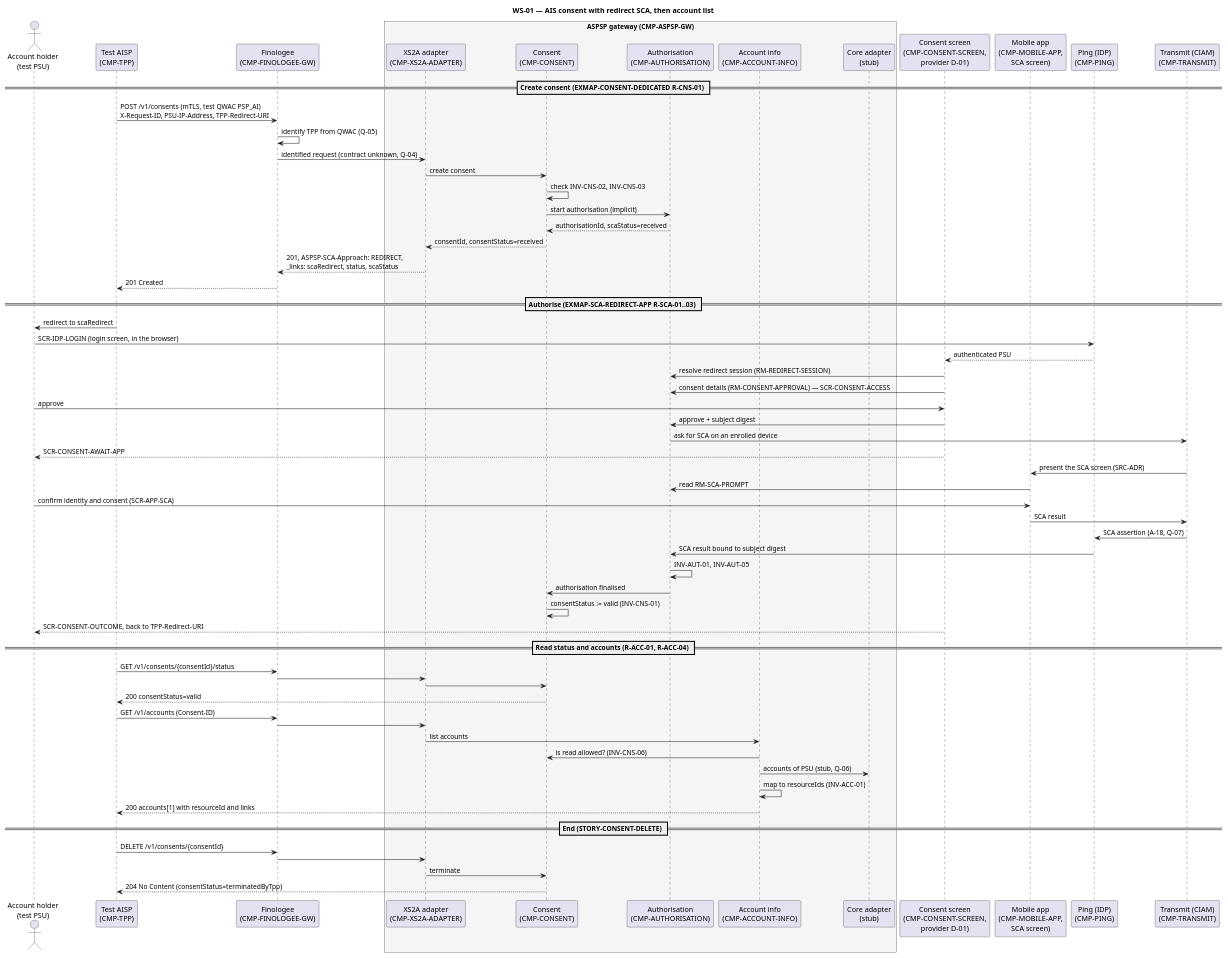
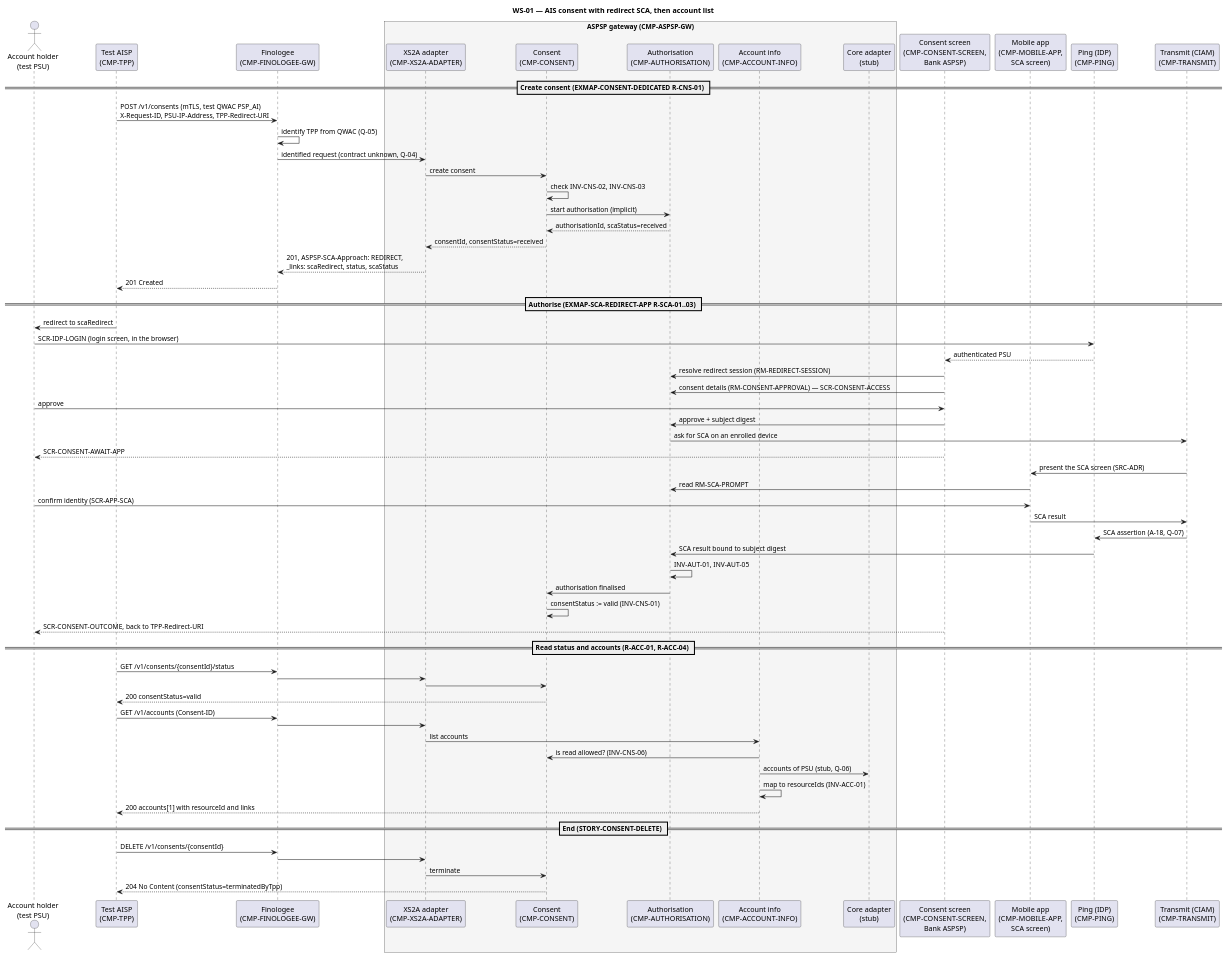
One commit to vondacho/psd2-sandbox changed the diagram in docs/system/uml/sequence/ws-01-ais-consent-redirect.puml. Above: the diagram before and after it, drawn with PlantUML. The commit also changed 38 other files, not shown here.

```diff
--- a/docs/system/uml/sequence/ws-01-ais-consent-redirect.puml
+++ b/docs/system/uml/sequence/ws-01-ais-consent-redirect.puml
@@ -1,78 +1,79 @@
 @startuml ws-01-ais-consent-redirect
-' WS-01 walking-skeleton path, AIS part. PROPOSAL generated by AI on 2026-09-19.
+' WS-01 walking-skeleton path, AIS part. PROPOSAL generated by AI.
 ' Stories: STORY-TPP-IDENTIFY, STORY-CONSENT-DEDICATED, STORY-SCA-REDIRECT-APP,
 '          STORY-CONSENT-STATUS, STORY-READ-ACCOUNT-LIST, STORY-CONSENT-DELETE.
-' Assumes D-03 = redirect with implicit start (SRC-IG §6.1.1.1) and D-01 = consent in the ASPSP
-' gateway. Where D-02 (token) is open, the Finologee -> gateway hop is shown as "identified request".
-' Iteration 4 (SRC-ADR 7ed3eb1): IDP login screen, consent screen (provider undecided, D-01; shown
-' with the in-house backend CMP-PSU-CHANNEL-API), then the SCA screen in the bank app on an enrolled
-' device, presented on demand by the CIAM.
+' Assumes D-03 = redirect with implicit start (SRC-IG §6.1.1.1) and D-01 = consent state in the
+' ASPSP gateway, so the bank-managed consent screen (SRC-ADR) is drawn with the in-house backend
+' CMP-PSU-CHANNEL-API.
+' Surfaces: IDP login screen, consent screen, then the SCA screen in the bank app on an enrolled
+' device, presented on demand by the CIAM. The Finologee -> gateway hop carries a Ping-issued
+' token (D-02).
 title WS-01 — AIS consent with redirect SCA, then account list
 
 actor "Account holder\n(test PSU)" as PSU
 participant "Test AISP\n(CMP-TPP)" as TPP
 participant "Finologee\n(CMP-FINOLOGEE-GW)" as FIN
 box "ASPSP gateway (CMP-ASPSP-GW)" #F5F5F5
   participant "XS2A adapter\n(CMP-XS2A-ADAPTER)" as ADP
   participant "Consent\n(CMP-CONSENT)" as CNS
   participant "Authorisation\n(CMP-AUTHORISATION)" as AUT
   participant "Account info\n(CMP-ACCOUNT-INFO)" as ACC
   participant "Core adapter\n(stub)" as CORE
 end box
-participant "Consent screen\n(CMP-CONSENT-SCREEN,\nprovider D-01)" as CS
+participant "Consent screen\n(CMP-CONSENT-SCREEN,\nBank ASPSP)" as CS
 participant "Mobile app\n(CMP-MOBILE-APP,\nSCA screen)" as APP
 participant "Ping (IDP)\n(CMP-PING)" as PING
 participant "Transmit (CIAM)\n(CMP-TRANSMIT)" as CIAM
 
 == Create consent (EXMAP-CONSENT-DEDICATED R-CNS-01) ==
 TPP -> FIN : POST /v1/consents (mTLS, test QWAC PSP_AI)\nX-Request-ID, PSU-IP-Address, TPP-Redirect-URI
 FIN -> FIN : identify TPP from QWAC (Q-05)
 FIN -> ADP : identified request (contract unknown, Q-04)
 ADP -> CNS : create consent
 CNS -> CNS : check INV-CNS-02, INV-CNS-03
 CNS -> AUT : start authorisation (implicit)
 AUT --> CNS : authorisationId, scaStatus=received
 CNS --> ADP : consentId, consentStatus=received
 ADP --> FIN : 201, ASPSP-SCA-Approach: REDIRECT,\n_links: scaRedirect, status, scaStatus
 FIN --> TPP : 201 Created
 
 == Authorise (EXMAP-SCA-REDIRECT-APP R-SCA-01..03) ==
 TPP -> PSU : redirect to scaRedirect
 PSU -> PING : SCR-IDP-LOGIN (login screen, in the browser)
 PING --> CS : authenticated PSU
 CS -> AUT : resolve redirect session (RM-REDIRECT-SESSION)
 CS -> AUT : consent details (RM-CONSENT-APPROVAL) — SCR-CONSENT-ACCESS
 PSU -> CS : approve
 CS -> AUT : approve + subject digest
 AUT -> CIAM : ask for SCA on an enrolled device
 CS --> PSU : SCR-CONSENT-AWAIT-APP
 CIAM -> APP : present the SCA screen (SRC-ADR)
 APP -> AUT : read RM-SCA-PROMPT
-PSU -> APP : confirm identity and consent (SCR-APP-SCA)
+PSU -> APP : confirm identity (SCR-APP-SCA)
 APP -> CIAM : SCA result
 CIAM -> PING : SCA assertion (A-18, Q-07)
 PING -> AUT : SCA result bound to subject digest
 AUT -> AUT : INV-AUT-01, INV-AUT-05
 AUT -> CNS : authorisation finalised
 CNS -> CNS : consentStatus := valid (INV-CNS-01)
 CS --> PSU : SCR-CONSENT-OUTCOME, back to TPP-Redirect-URI
 
 == Read status and accounts (R-ACC-01, R-ACC-04) ==
 TPP -> FIN : GET /v1/consents/{consentId}/status
 FIN -> ADP
 ADP -> CNS
 CNS --> TPP : 200 consentStatus=valid
 TPP -> FIN : GET /v1/accounts (Consent-ID)
 FIN -> ADP
 ADP -> ACC : list accounts
 ACC -> CNS : is read allowed? (INV-CNS-06)
 ACC -> CORE : accounts of PSU (stub, Q-06)
 ACC -> ACC : map to resourceIds (INV-ACC-01)
 ACC --> TPP : 200 accounts[1] with resourceId and links
 
 == End (STORY-CONSENT-DELETE) ==
 TPP -> FIN : DELETE /v1/consents/{consentId}
 FIN -> ADP
 ADP -> CNS : terminate
 CNS --> TPP : 204 No Content (consentStatus=terminatedByTpp)
 @enduml
```
